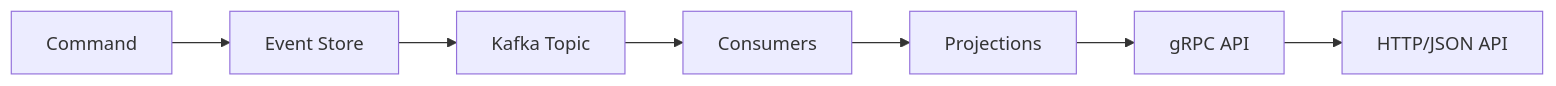
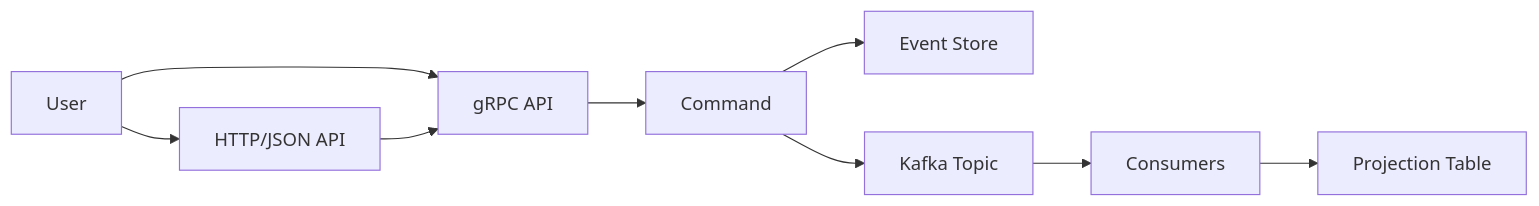
One commit to cgund98/go-event-sourcing-example changed the first of 2 diagrams in README.md. Above: the diagram before and after it, drawn with Mermaid. The commit also changed other lines of this file, not shown here.

Commit message:
Add detailed diagrams for commands and queries

````diff
--- a/README.md
+++ b/README.md
@@ -101,9 +99,11 @@
 ```mermaid
 graph LR
-    A[Command] --> B[Event Store]
-    B --> C[Kafka Topic]
+    Z[User] --> G[HTTP/JSON API]
+    Z --> F[gRPC API]
+    G --> F
+    F --> A[Command]
+    A --> B[Event Store]
+    A --> C[Kafka Topic]
     C --> D[Consumers]
-    D --> E[Projections]
-    E --> F[gRPC API]
-    F --> G[HTTP/JSON API]
+    D --> E[Projection Table]
 ```
````
